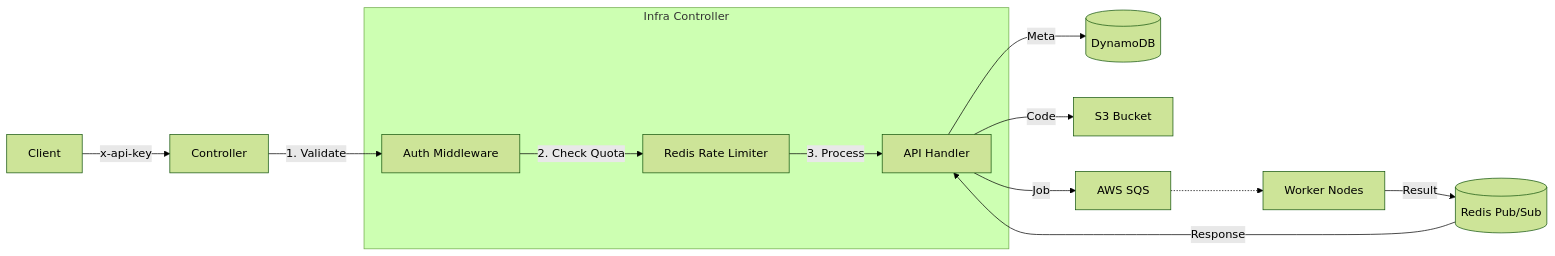
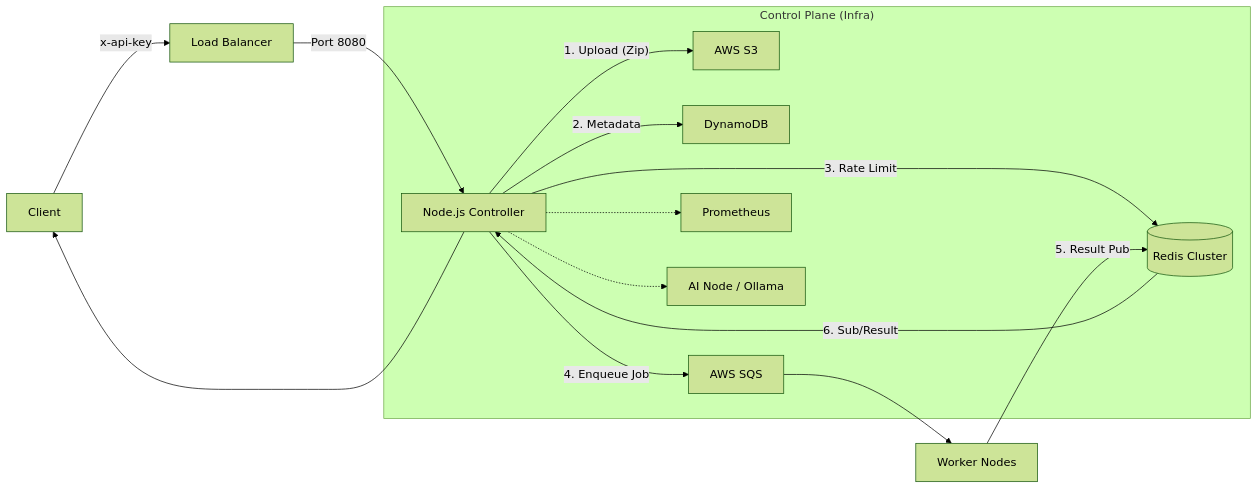
Before and after one commit to sangmu1126/Infra-controller: the diagram in README.md, drawn with Mermaid (forest theme).

Commit message:
update README: restore architecture graph

````diff
--- a/README.md
+++ b/README.md
@@ -24,22 +24,20 @@
 ```mermaid
 graph LR
-    User[Client] -- "x-api-key" --> Controller
+    User[Client] -- "x-api-key" --> ALB[Load Balancer]
+    ALB -- Port 8080 --> Controller[Node.js Controller]
     
-    subgraph "Infra Controller"
-        Auth[Auth Middleware]
-        Rate[Redis Rate Limiter]
-        API[API Handler]
+    subgraph "Control Plane (Infra)"
+    Controller -- "1. Upload (Zip)" --> S3[AWS S3]
+    Controller -- "2. Metadata" --> DDB[DynamoDB]
+    Controller -- "3. Rate Limit" --> Redis[(Redis Cluster)]
+    Controller -- "4. Enqueue Job" --> SQS[AWS SQS]
+    
+    Controller -.-> Prom[Prometheus]
+    Controller -.-> AINode[AI Node / Ollama]
     end
-    
-    Controller -- "1. Validate" --> Auth
-    Auth -- "2. Check Quota" --> Rate
-    Rate -- "3. Process" --> API
-    
-    API -- "Meta" --> DDB[(DynamoDB)]
-    API -- "Code" --> S3[S3 Bucket]
-    API -- "Job" --> SQS[AWS SQS]
-    
-    SQS -.-> Worker[Worker Nodes]
-    Worker -- "Result" --> Redis[(Redis Pub/Sub)]
-    Redis -- "Response" --> API
+
+    SQS --> Worker[Worker Nodes]
+    Worker -- "5. Result Pub" --> Redis
+    Redis -- "6. Sub/Result" --> Controller
+    Controller --> User
 ```
````
